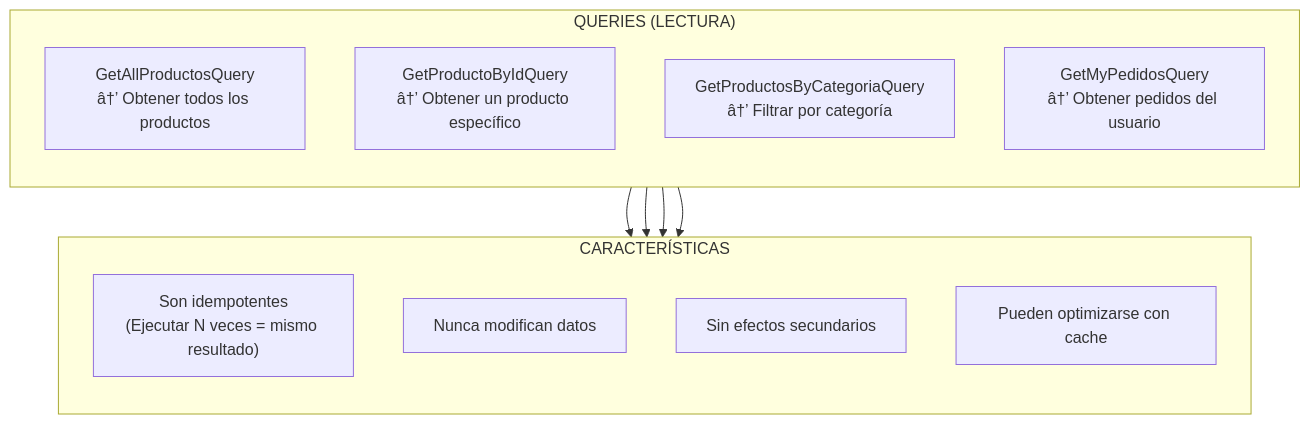
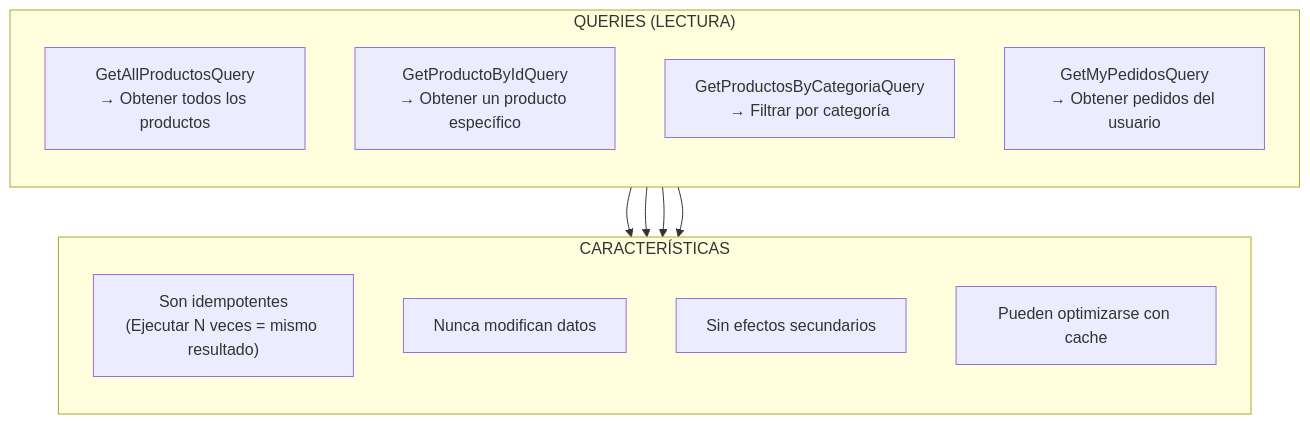
Before and after one commit to joseluisgs/TiendaDawApi-Cqrs-MediatR-NetCore: the fifth of 23 diagrams in doc/12-cqrs-commands-queries.md, drawn with Mermaid. The commit also changed other lines of this file and 27 other files, not shown here.

````diff
--- a/doc/12-cqrs-commands-queries.md
+++ b/doc/12-cqrs-commands-queries.md
@@ -253,23 +253,23 @@
 ```mermaid
 flowchart TB
     subgraph "QUERIES (LECTURA)"
         direction TB
-        Q1["GetAllProductosQuery\nâ†’ Obtener todos los productos"]
-        Q2["GetProductoByIdQuery\nâ†’ Obtener un producto específico"]
-        Q3["GetProductosByCategoriaQuery\nâ†’ Filtrar por categoría"]
-        Q4["GetMyPedidosQuery\nâ†’ Obtener pedidos del usuario"]
+        Q1["GetAllProductosQuery\n→ Obtener todos los productos"]
+        Q2["GetProductoByIdQuery\n→ Obtener un producto específico"]
+        Q3["GetProductosByCategoriaQuery\n→ Filtrar por categoría"]
+        Q4["GetMyPedidosQuery\n→ Obtener pedidos del usuario"]
     end
     
     subgraph "CARACTERÍSTICAS"
         direction TB
         R1["Son idempotentes\n(Ejecutar N veces = mismo resultado)"]
         R2["Nunca modifican datos"]
         R3["Sin efectos secundarios"]
         R4["Pueden optimizarse con cache"]
     end
     
     Q1 --> R1
     Q2 --> R2
     Q3 --> R3
     Q4 --> R4
 ```
````
